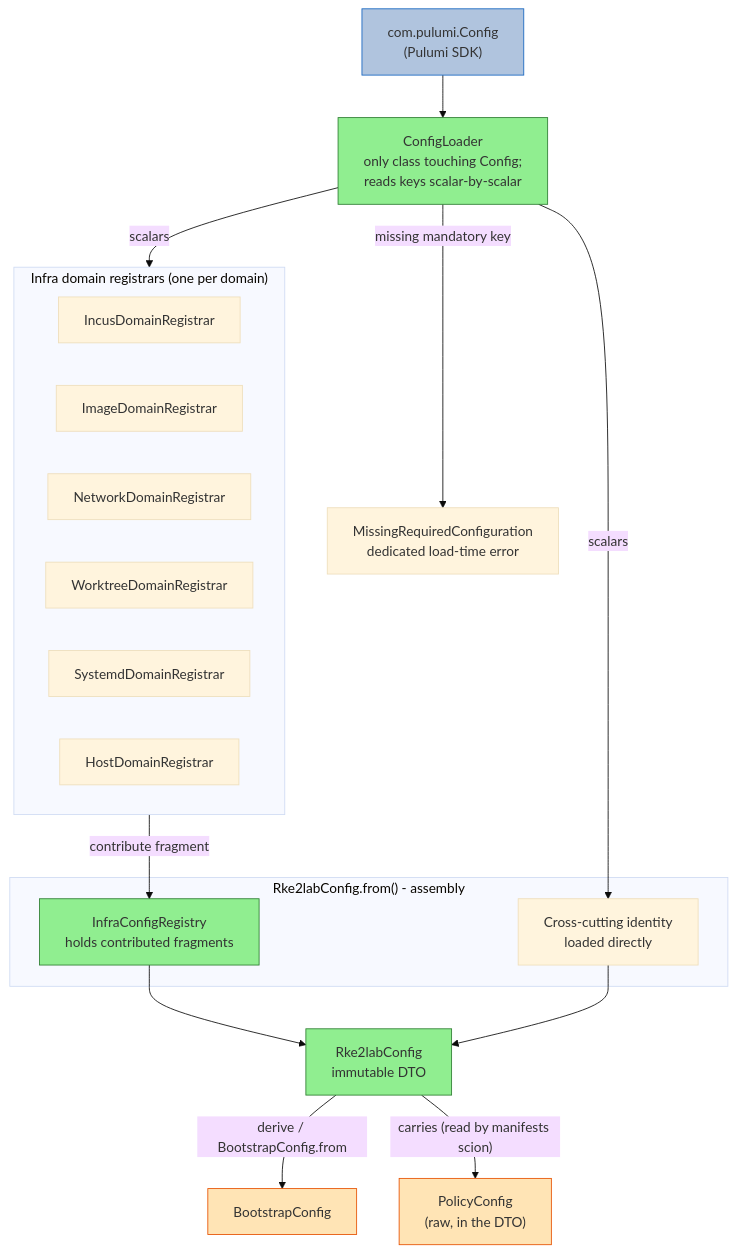
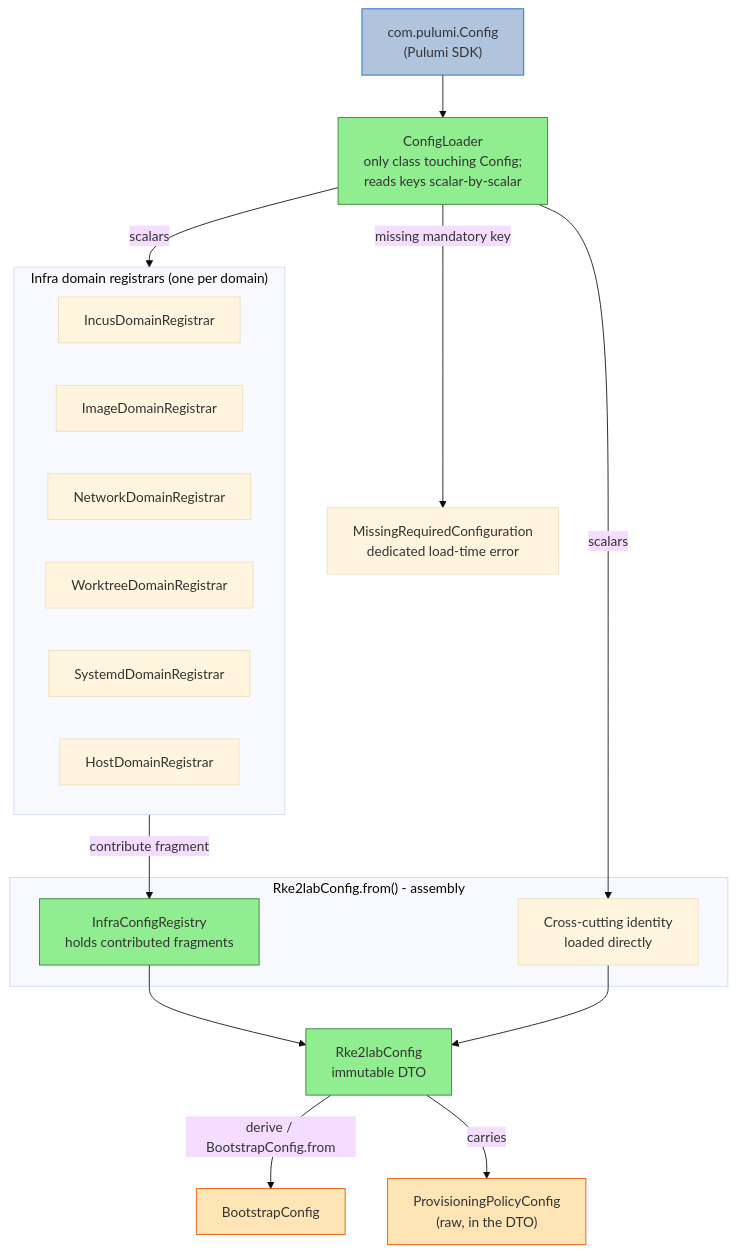
The second of 8 diagrams in docs/architecture/config/config-restructuring-spec.adoc (nxmatic/rke2lab), drawn with Mermaid (base theme) before and after one commit. The commit also changed other lines of this file and 22 other files, not shown here.

```diff
--- a/docs/architecture/config/config-restructuring-spec.adoc
+++ b/docs/architecture/config/config-restructuring-spec.adoc
@@ -105,42 +107,42 @@
 [mermaid]
 ----
 graph TB
     PULUMI["com.pulumi.Config<br/>(Pulumi SDK)"]
     LOADER["ConfigLoader<br/>only class touching Config;<br/>reads keys scalar-by-scalar"]
     EXC["MissingRequiredConfiguration<br/>dedicated load-time error"]
 
     subgraph assembly["Rke2labConfig.from() - assembly"]
         REGISTRY["InfraConfigRegistry<br/>holds contributed fragments"]
         XID["Cross-cutting identity<br/>loaded directly"]
     end
 
     subgraph registrars["Infra domain registrars (one per domain)"]
         RIN["IncusDomainRegistrar"]
         RIM["ImageDomainRegistrar"]
         RNE["NetworkDomainRegistrar"]
         RWO["WorktreeDomainRegistrar"]
         RSY["SystemdDomainRegistrar"]
         RHO["HostDomainRegistrar"]
     end
 
     DTO["Rke2labConfig<br/>immutable DTO"]
     BOOT["BootstrapConfig"]
-    POL["PolicyConfig<br/>(raw, in the DTO)"]
+    POL["ProvisioningPolicyConfig<br/>(raw, in the DTO)"]
 
     PULUMI --> LOADER
     LOADER -->|"missing mandatory key"| EXC
     registrars -->|"contribute fragment"| REGISTRY
     LOADER -->|"scalars"| registrars
     LOADER -->|"scalars"| XID
     REGISTRY --> DTO
     XID --> DTO
     DTO -->|"derive / BootstrapConfig.from"| BOOT
-    DTO -->|"carries (read by manifests scion)"| POL
+    DTO -->|"carries"| POL
 
     style LOADER fill:#90EE90,stroke:#2e7d32
     style REGISTRY fill:#90EE90,stroke:#2e7d32
     style DTO fill:#90EE90,stroke:#2e7d32
     style PULUMI fill:#B0C4DE,stroke:#1565c0
     style BOOT fill:#FFE4B5,stroke:#e65100
     style POL fill:#FFE4B5,stroke:#e65100
 ----
```
